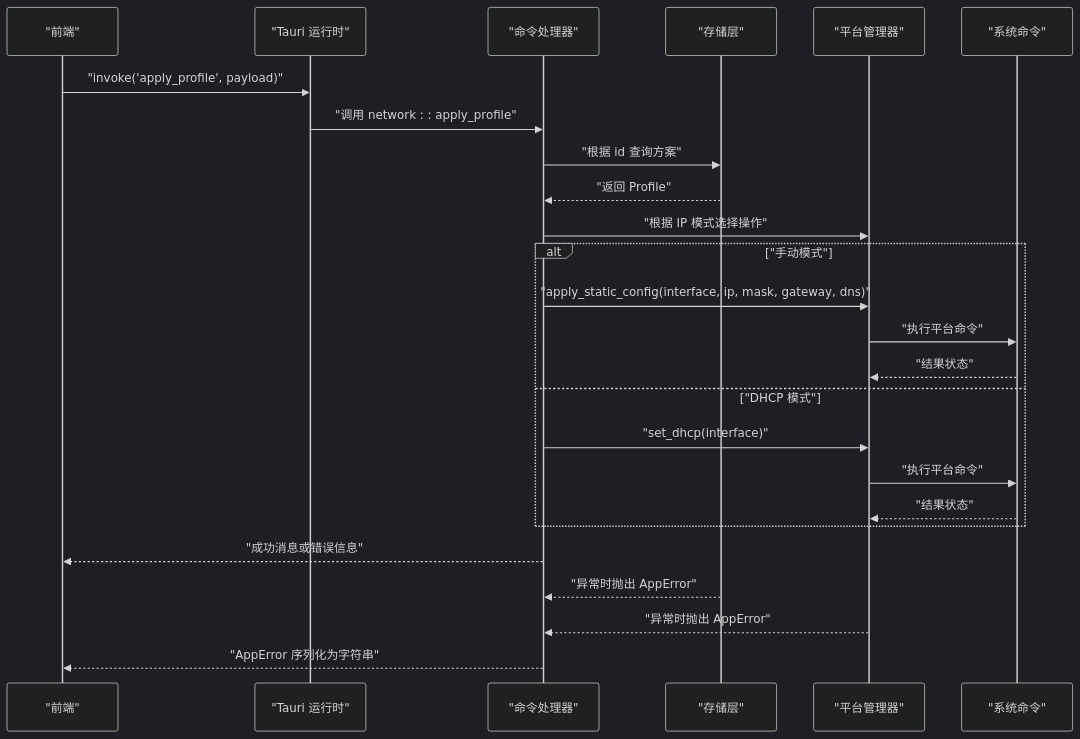
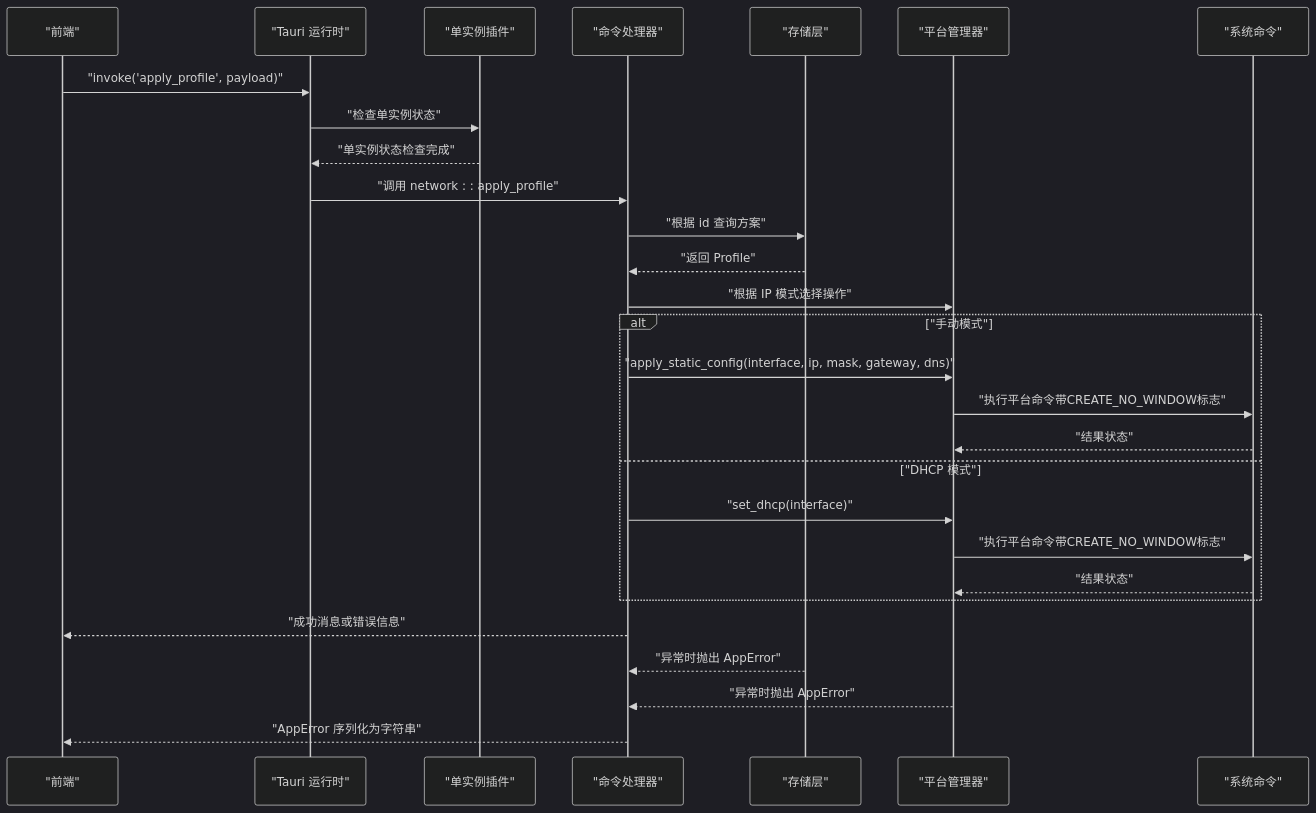
The second of 6 diagrams in .qoder/repowiki/zh/content/后端开发指南/后端开发指南.md (xdongliang/IPSwitcher), drawn with Mermaid (dark theme) before and after one commit. The commit also changed other lines of this file and 3 other files, not shown here.

````diff
--- a/.qoder/repowiki/zh/content/后端开发指南/后端开发指南.md
+++ b/.qoder/repowiki/zh/content/后端开发指南/后端开发指南.md
@@ -96,27 +121,30 @@
 ```mermaid
 sequenceDiagram
 participant FE as "前端"
 participant TAURI as "Tauri 运行时"
+participant SI as "单实例插件"
 participant CMD as "命令处理器"
 participant REPO as "存储层"
 participant PM as "平台管理器"
 participant SYS as "系统命令"
 FE->>TAURI : "invoke('apply_profile', payload)"
+TAURI->>SI : "检查单实例状态"
+SI-->>TAURI : "单实例状态检查完成"
 TAURI->>CMD : "调用 network : : apply_profile"
 CMD->>REPO : "根据 id 查询方案"
 REPO-->>CMD : "返回 Profile"
 CMD->>PM : "根据 IP 模式选择操作"
 alt "手动模式"
 CMD->>PM : "apply_static_config(interface, ip, mask, gateway, dns)"
-PM->>SYS : "执行平台命令"
+PM->>SYS : "执行平台命令带CREATE_NO_WINDOW标志"
 SYS-->>PM : "结果状态"
 else "DHCP 模式"
 CMD->>PM : "set_dhcp(interface)"
-PM->>SYS : "执行平台命令"
+PM->>SYS : "执行平台命令带CREATE_NO_WINDOW标志"
 SYS-->>PM : "结果状态"
 end
 CMD-->>FE : "成功消息或错误信息"
 REPO-->>CMD : "异常时抛出 AppError"
 PM-->>CMD : "异常时抛出 AppError"
 CMD-->>FE : "AppError 序列化为字符串"
 ```
````
